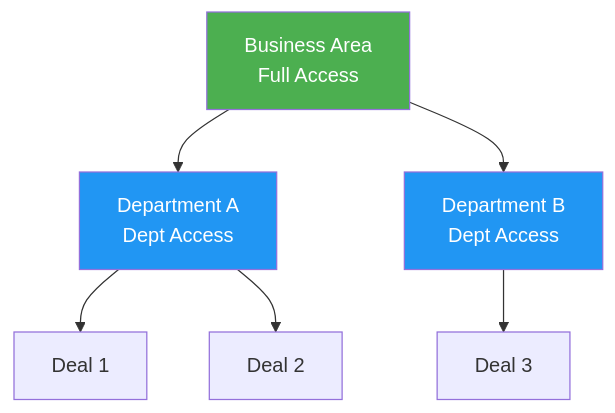
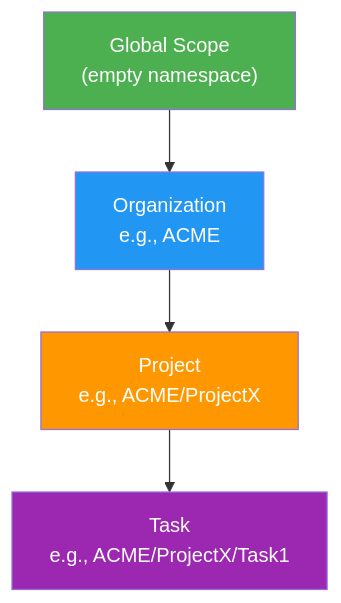
The second of 2 diagrams in samples/Graph/Data/MeshWeaver/Documentation/Architecture/AccessControl.md (Systemorph/MeshWeaver), drawn with Mermaid before and after one commit. The commit also changed other lines of this file and 75 other files, not shown here.

````diff
--- a/samples/Graph/Data/MeshWeaver/Documentation/Architecture/AccessControl.md
+++ b/samples/Graph/Data/MeshWeaver/Documentation/Architecture/AccessControl.md
@@ -103,11 +196,11 @@
 ```mermaid
 flowchart TB
-    BA[Business Area<br/>Full Access] --> D1[Department A<br/>Dept Access]
-    BA --> D2[Department B<br/>Dept Access]
-    D1 --> Deal1[Deal 1]
-    D1 --> Deal2[Deal 2]
-    D2 --> Deal3[Deal 3]
-    style BA fill:#4caf50,color:#fff
-    style D1 fill:#2196f3,color:#fff
-    style D2 fill:#2196f3,color:#fff
+    Global["Global Scope<br/>(empty namespace)"] --> Org["Organization<br/>e.g., ACME"]
+    Org --> Proj["Project<br/>e.g., ACME/ProjectX"]
+    Proj --> Task["Task<br/>e.g., ACME/ProjectX/Task1"]
+
+    style Global fill:#4caf50,color:#fff
+    style Org fill:#2196f3,color:#fff
+    style Proj fill:#ff9800,color:#fff
+    style Task fill:#9c27b0,color:#fff
 ```
````
